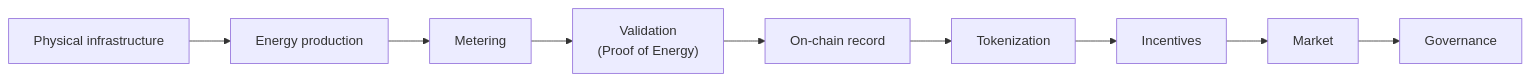
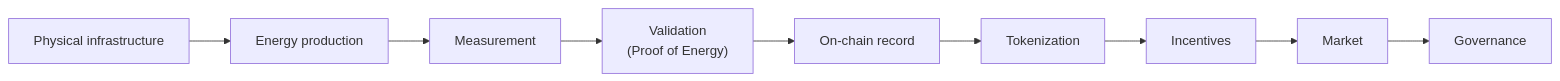
The first of 4 diagrams in docs/business-logic/01-general-architecture.md (blockvault-ai/zero-energy), drawn with Mermaid before and after one commit. The commit also changed other lines of this file and 3 other files, not shown here.

````diff
--- a/docs/business-logic/01-general-architecture.md
+++ b/docs/business-logic/01-general-architecture.md
@@ -11,6 +11,6 @@
 ```mermaid
 flowchart LR
-    A[Physical infrastructure] --> B[Energy production] --> C[Metering]
+    A[Physical infrastructure] --> B[Energy production] --> C[Measurement]
     C --> D["Validation<br/>(Proof of Energy)"] --> E[On-chain record]
     E --> F[Tokenization] --> G[Incentives] --> H[Market] --> I[Governance]
 ```
````
